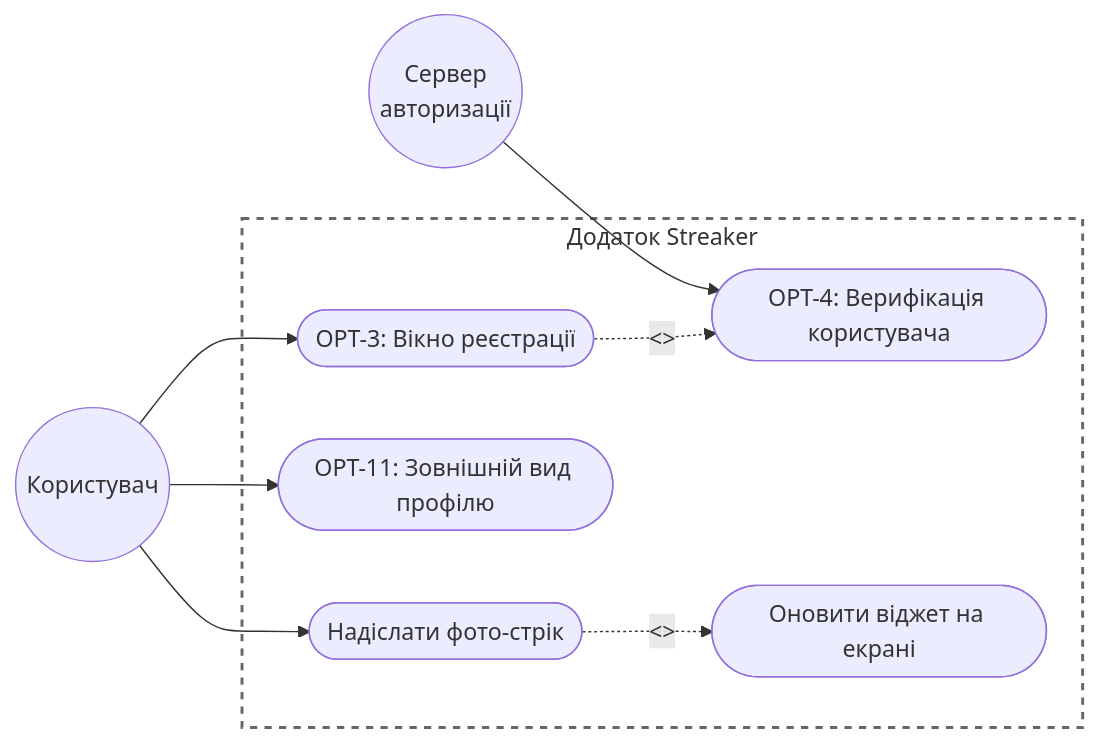
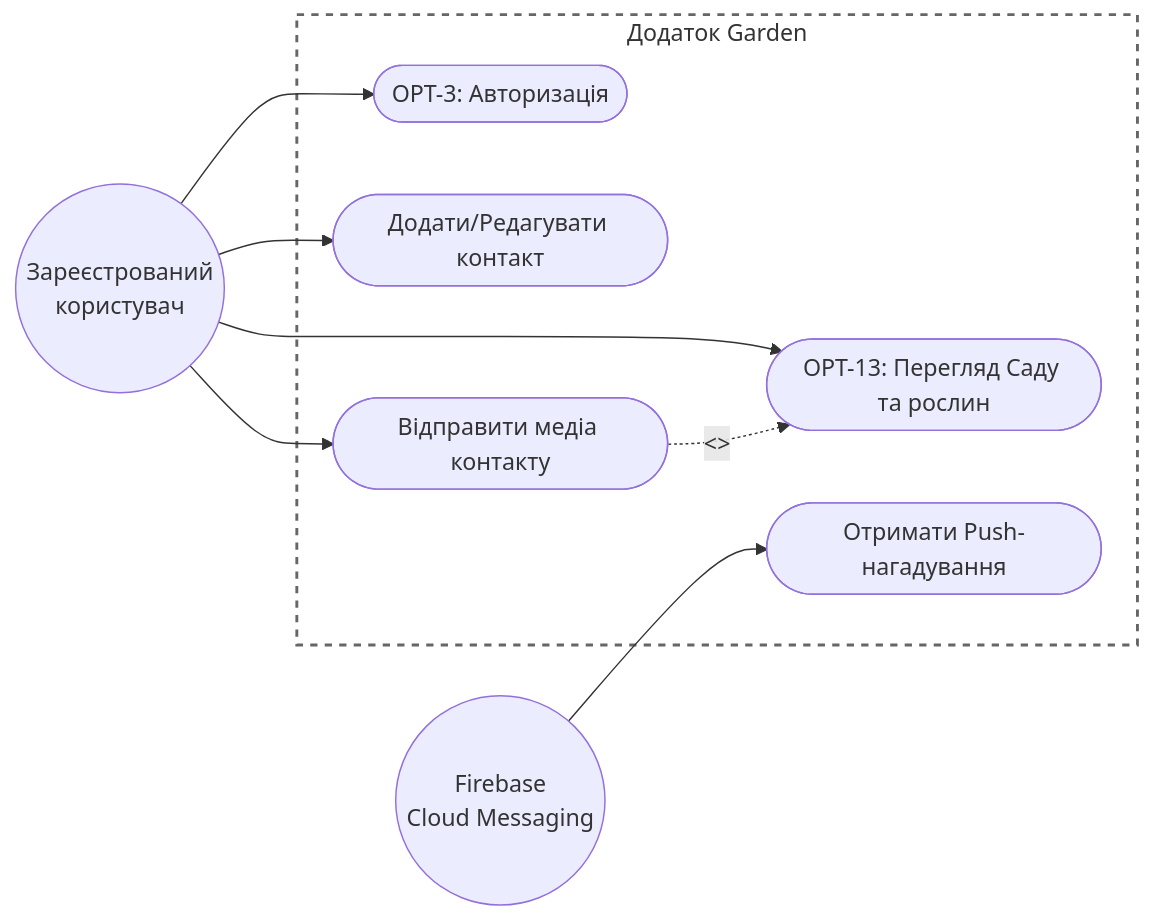
The first of 3 diagrams in README.md (BimbaXdeV/OPI-Practice), drawn with Mermaid before and after one commit. The commit also changed other lines of this file, not shown here.

````diff
--- a/README.md
+++ b/README.md
@@ -17,25 +17,22 @@
 ```mermaid
 flowchart LR
-    User((Користувач))
-    Server((Сервер\nавторизації))
+    User((Зареєстрований\nкористувач))
+    FCM((Firebase\nCloud Messaging))
 
-    subgraph System [Додаток Streaker]
-        UC1([OPT-3: Вікно реєстрації])
-        UC2([OPT-4: Верифікація користувача])
-        UC3([OPT-11: Зовнішній вид профілю])
-        UC4([Надіслати фото-стрік])
-        UC5([Оновити віджет на екрані])
+    style System fill:transparent,stroke:#666,stroke-width:2px,stroke-dasharray: 5 5
+    subgraph System [Додаток Garden]
+        UC1([OPT-3: Авторизація])
+        UC2([Додати/Редагувати контакт])
+        UC3([OPT-13: Перегляд Саду та рослин])
+        UC4([Відправити медіа контакту])
+        UC5([Отримати Push-нагадування])
     end
 
-    %% Робимо фон прозорим, але залишаємо рамку системи
-    style System fill:transparent,stroke:#666,stroke-width:2px,stroke-dasharray: 5 5
-
     User --> UC1
+    User --> UC2
     User --> UC3
     User --> UC4
     
-    UC1 -. "<<include>>" .-> UC2
-    Server --> UC2
-    
-    UC4 -. "<<include>>" .-> UC5
+    UC4 -. "<<include>>" .-> UC3
+    FCM --> UC5
 ```
````
